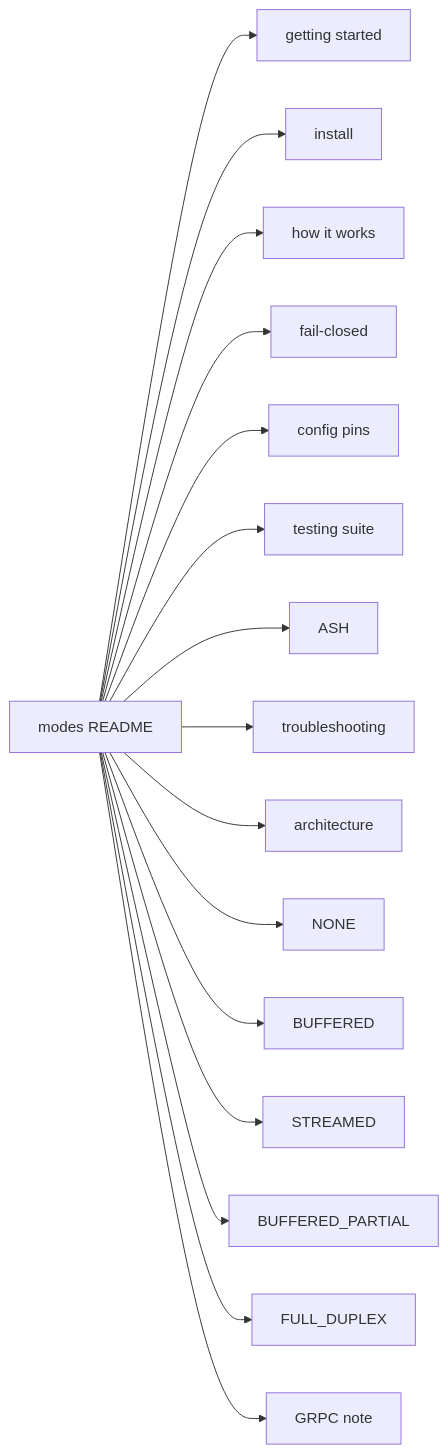
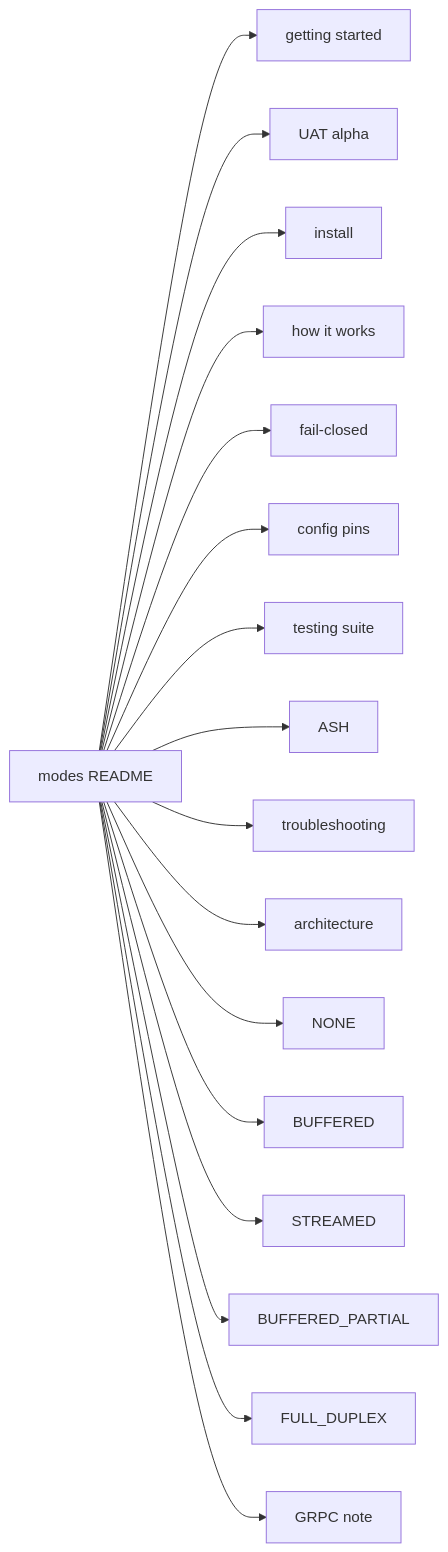
The diagram in docs/modes/README.md (etiennemunnich/modsec-envoy-connector), drawn with Mermaid before and after one commit. The commit also changed other lines of this file and 22 other files, not shown here.

First line of the commit message:
docs: 0.1-alpha UAT path, release notes, and gitops alignment (#7)

````diff
--- a/docs/modes/README.md
+++ b/docs/modes/README.md
@@ -58,18 +59,19 @@
 ```mermaid
 flowchart LR
   idx[modes README] --> gs[getting started]
+  idx --> uat[UAT alpha]
   idx --> inst[install]
   idx --> how[how it works]
   idx --> fc[fail-closed]
   idx --> cfg[config pins]
   idx --> test[testing suite]
   idx --> ash[ASH]
   idx --> ts[troubleshooting]
   idx --> arch[architecture]
   idx --> none[NONE]
   idx --> buf[BUFFERED]
   idx --> str[STREAMED]
   idx --> part[BUFFERED_PARTIAL]
   idx --> dup[FULL_DUPLEX]
   idx --> grpc[GRPC note]
 ```
````
